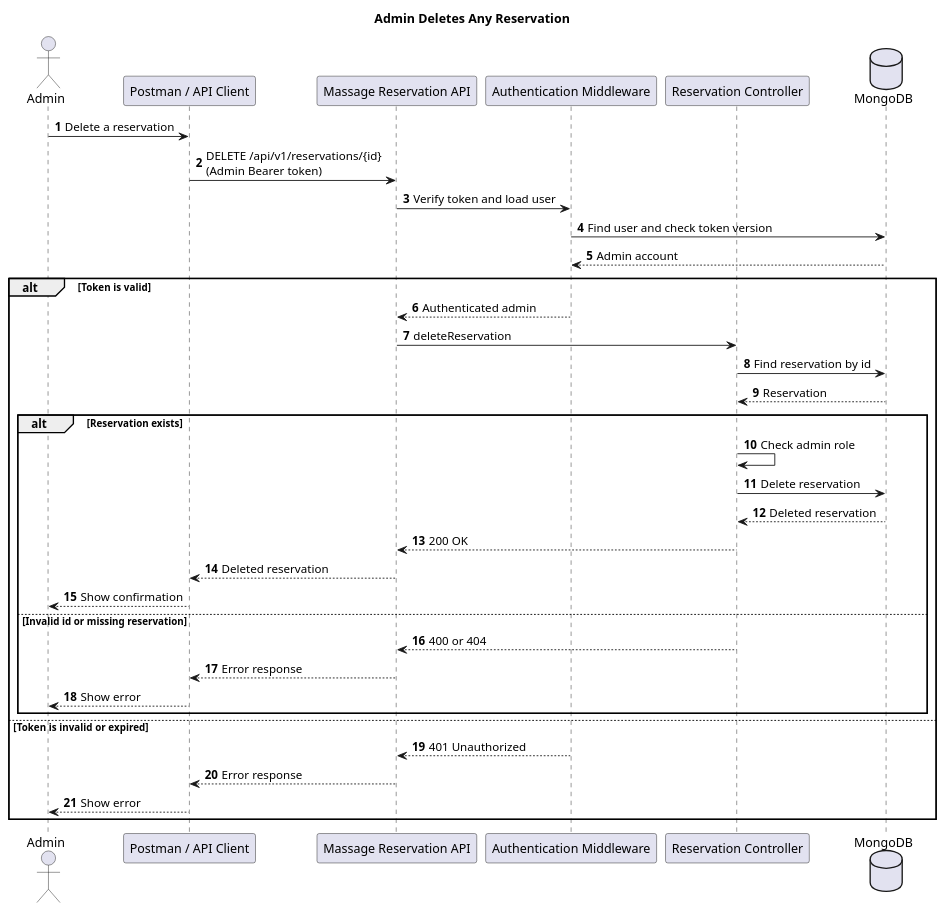
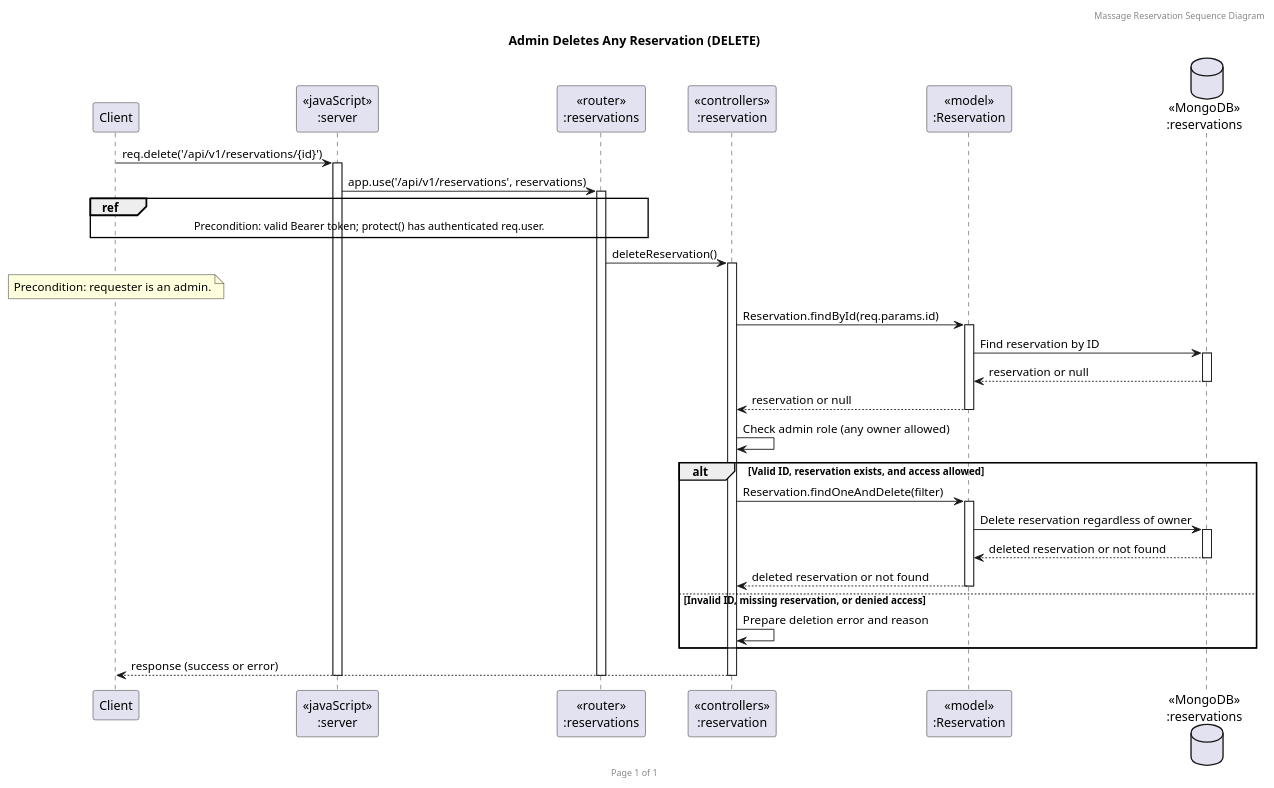
Before and after one commit to pim3567/SW-DEV-PRAC-Final-Project: the diagram in docs/diagram/sequence-diagram/specified-requirements/11-admin-delete-reservation.puml, drawn with PlantUML. The commit also changed 12 other files, not shown here.

Commit message:
chore: modified sequence diagrams

```diff
--- a/docs/diagram/sequence-diagram/specified-requirements/11-admin-delete-reservation.puml
+++ b/docs/diagram/sequence-diagram/specified-requirements/11-admin-delete-reservation.puml
@@ -1,38 +1,40 @@
 @startuml
-title Admin Deletes Any Reservation
-autonumber
-actor Admin
-participant "Postman / API Client" as Client
-participant "Massage Reservation API" as API
-participant "Authentication Middleware" as Auth
-participant "Reservation Controller" as Controller
-database MongoDB as DB
+header Massage Reservation Sequence Diagram
+footer Page %page% of %lastpage%
+skinparam maxMessageSize 320
+title "Admin Deletes Any Reservation (DELETE)"
 
-Admin -> Client: Delete a reservation
-Client -> API: DELETE /api/v1/reservations/{id}\n(Admin Bearer token)
-API -> Auth: Verify token and load user
-Auth -> DB: Find user and check token version
-DB --> Auth: Admin account
-alt Token is valid
-    Auth --> API: Authenticated admin
-    API -> Controller: deleteReservation
-    Controller -> DB: Find reservation by id
-    DB --> Controller: Reservation
-    alt Reservation exists
-        Controller -> Controller: Check admin role
-        Controller -> DB: Delete reservation
-        DB --> Controller: Deleted reservation
-        Controller --> API: 200 OK
-        API --> Client: Deleted reservation
-        Client --> Admin: Show confirmation
-    else Invalid id or missing reservation
-        Controller --> API: 400 or 404
-        API --> Client: Error response
-        Client --> Admin: Show error
-    end
-else Token is invalid or expired
-    Auth --> API: 401 Unauthorized
-    API --> Client: Error response
-    Client --> Admin: Show error
+participant "Client" as client
+participant "<<javaScript>>\n:server" as server
+participant "<<router>>\n:reservations" as router
+participant "<<controllers>>\n:reservation" as controller
+participant "<<model>>\n:Reservation" as model
+database "<<MongoDB>>\n:reservations" as db
+
+client -> server ++: req.delete('/api/v1/reservations/{id}')
+server -> router ++: app.use('/api/v1/reservations', reservations)
+ref over client, router
+    Precondition: valid Bearer token; protect() has authenticated req.user.
+end ref
+router -> controller ++: deleteReservation()
+note over client
+    Precondition: requester is an admin.
+end note
+controller -> model ++: Reservation.findById(req.params.id)
+model -> db ++: Find reservation by ID
+db --> model --: reservation or null
+model --> controller --: reservation or null
+controller -> controller: Check admin role (any owner allowed)
+alt Valid ID, reservation exists, and access allowed
+controller -> model ++: Reservation.findOneAndDelete(filter)
+model -> db ++: Delete reservation regardless of owner
+db --> model --: deleted reservation or not found
+model --> controller --: deleted reservation or not found
+else Invalid ID, missing reservation, or denied access
+    controller -> controller: Prepare deletion error and reason
 end
+controller --> client --: response (success or error)
+deactivate router
+deactivate server
+
 @enduml
```
